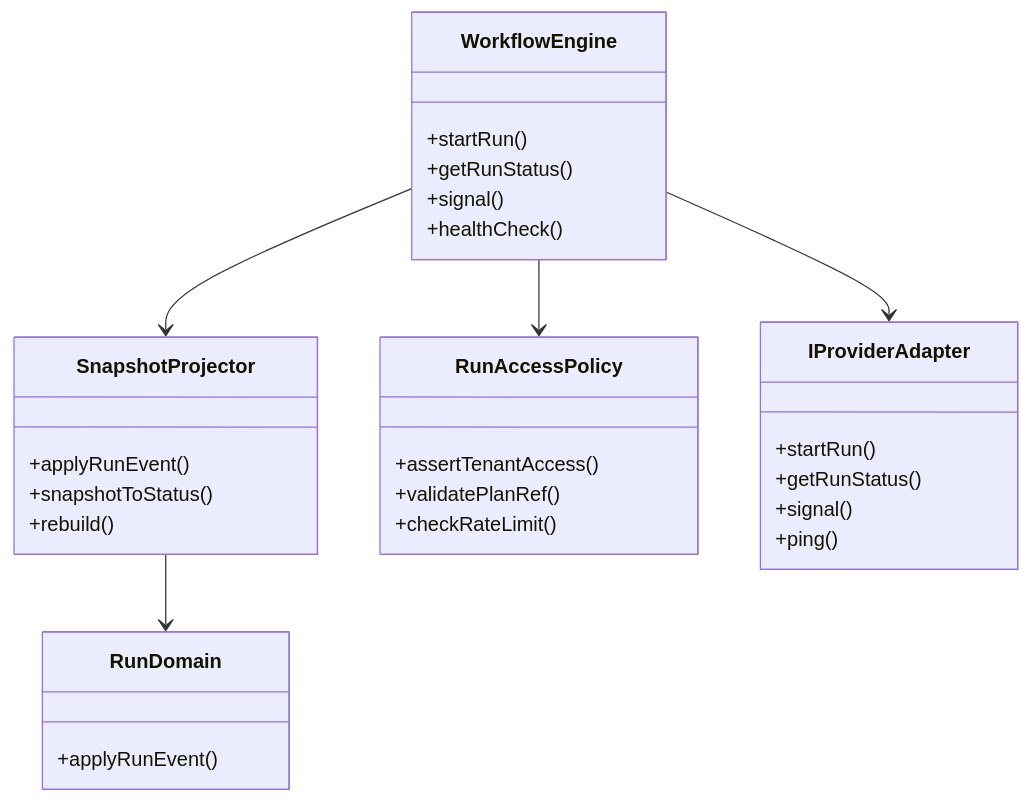
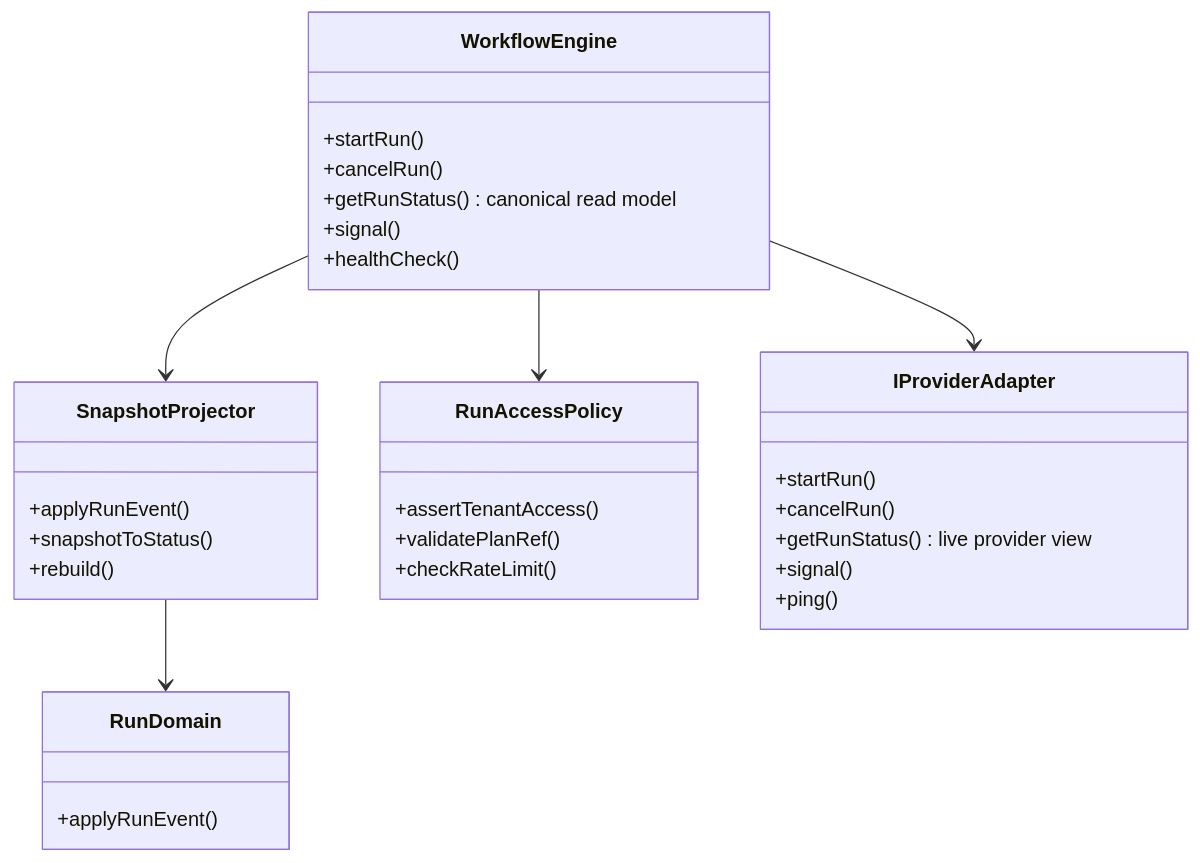
One commit to dunay2/dvt changed the second of 4 diagrams in docs/architecture/system-delivery-status.md. Above: the diagram before and after it, drawn with Mermaid. The commit also changed other lines of this file and 63 other files, not shown here.

Commit message:
docs(docs): Reset engine contract pack and split run status models

````diff
--- a/docs/architecture/system-delivery-status.md
+++ b/docs/architecture/system-delivery-status.md
@@ -199,32 +208,34 @@
 ```mermaid
 classDiagram
     class WorkflowEngine {
         +startRun()
-        +getRunStatus()
+        +cancelRun()
+        +getRunStatus() canonical read model
         +signal()
         +healthCheck()
     }
     class SnapshotProjector {
         +applyRunEvent()
         +snapshotToStatus()
         +rebuild()
     }
     class RunAccessPolicy {
         +assertTenantAccess()
         +validatePlanRef()
         +checkRateLimit()
     }
     class IProviderAdapter {
         +startRun()
-        +getRunStatus()
+        +cancelRun()
+        +getRunStatus() live provider view
         +signal()
         +ping()
     }
     class RunDomain {
         +applyRunEvent()
     }
     WorkflowEngine --> SnapshotProjector
     WorkflowEngine --> RunAccessPolicy
     WorkflowEngine --> IProviderAdapter
     SnapshotProjector --> RunDomain
 ```
````
